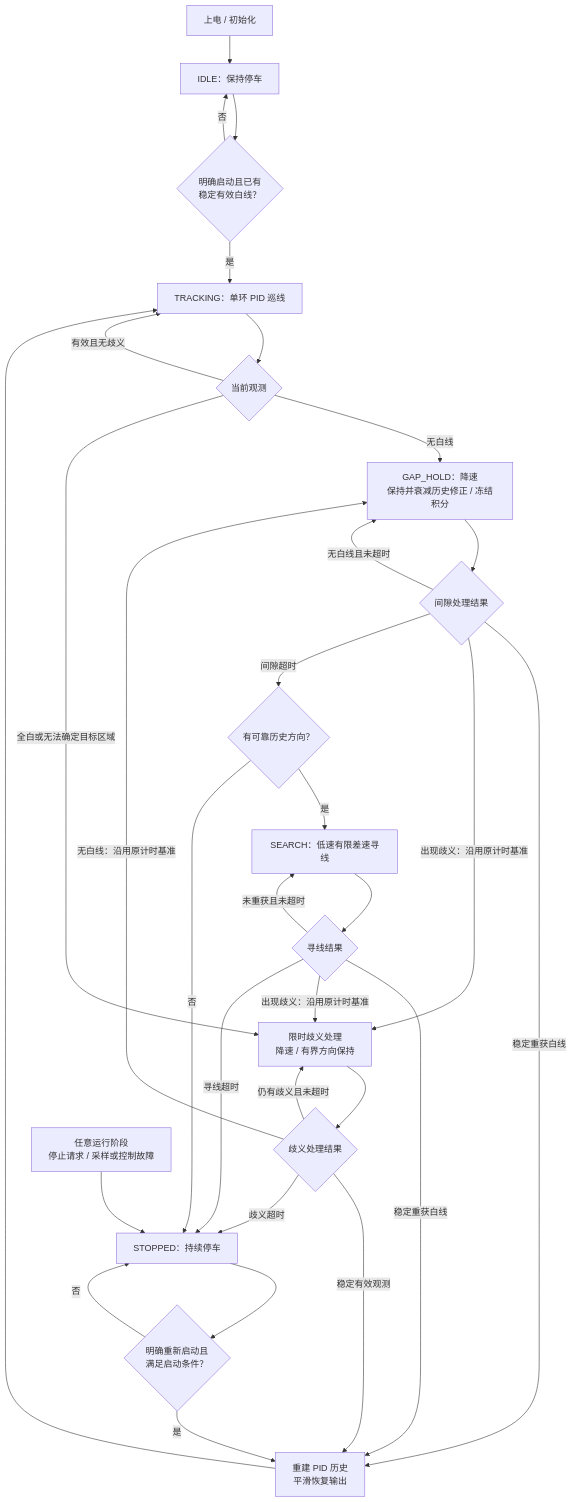
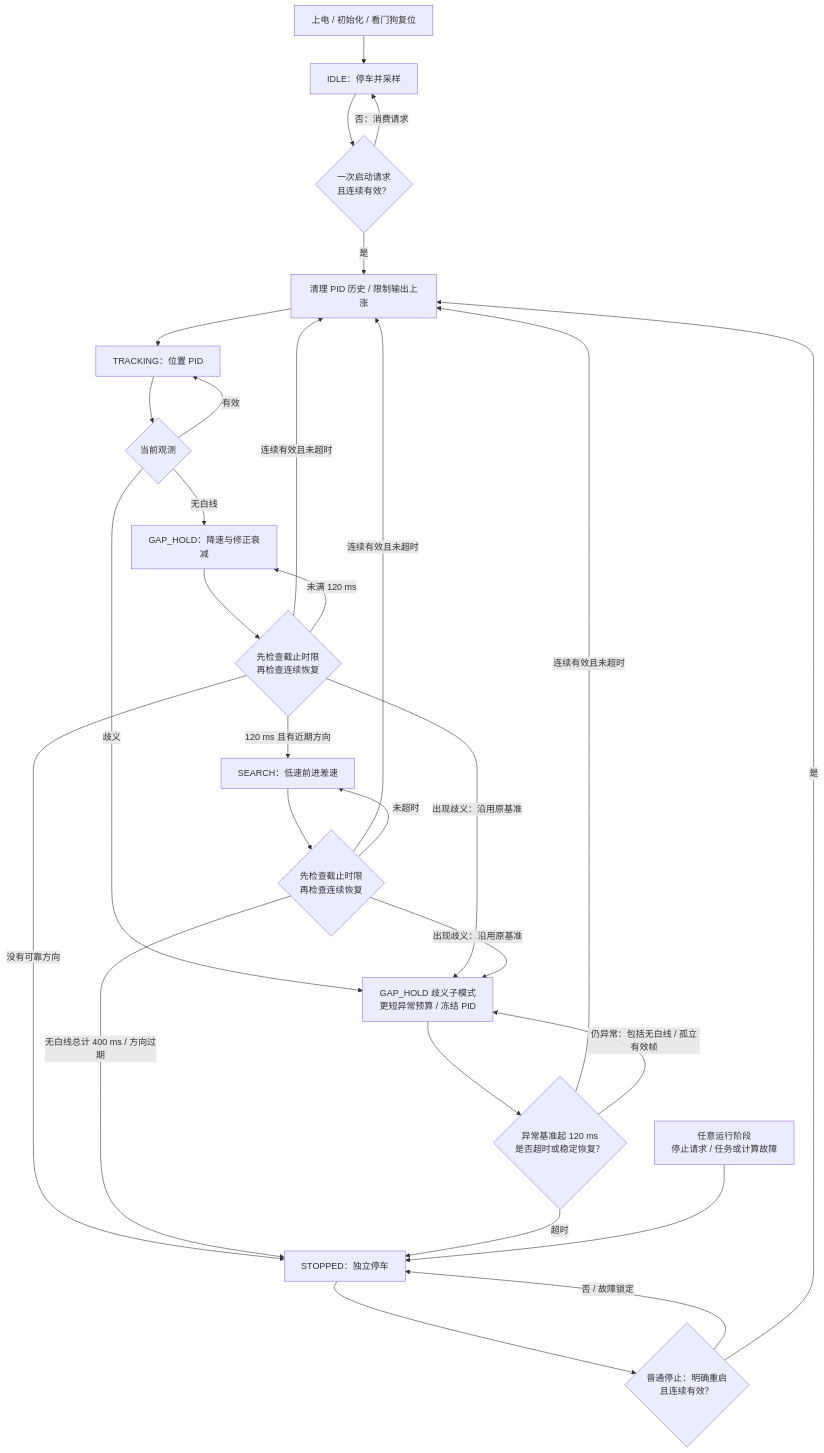
One commit to Nailong-Corporation/car_stm32_school_competition changed the second of 2 diagrams in README.md. Above: the diagram before and after it, drawn with Mermaid. The commit also changed other lines of this file and 25 other files, not shown here.

````diff
--- a/README.md
+++ b/README.md
@@ -204,37 +151,31 @@
 ```mermaid
 flowchart TD
-    BOOT["上电 / 初始化"] --> IDLE["IDLE：保持停车"]
-    IDLE --> START{"明确启动且已有<br/>稳定有效白线？"}
-    START -->|否| IDLE
-    START -->|是| TRACKING["TRACKING：单环 PID 巡线"]
-    TRACKING --> OBSERVE{"当前观测"}
-    OBSERVE -->|有效且无歧义| TRACKING
-    OBSERVE -->|无白线| GAP["GAP_HOLD：降速<br/>保持并衰减历史修正 / 冻结积分"]
-    OBSERVE -->|全白或无法确定目标区域| AMBIG["限时歧义处理<br/>降速 / 有界方向保持"]
-
-    GAP --> GAP_CHECK{"间隙处理结果"}
-    GAP_CHECK -->|稳定重获白线| RESET["重建 PID 历史<br/>平滑恢复输出"]
-    GAP_CHECK -->|无白线且未超时| GAP
-    GAP_CHECK -->|出现歧义：沿用原计时基准| AMBIG
-    GAP_CHECK -->|间隙超时| DIRECTION{"有可靠历史方向？"}
-    DIRECTION -->|是| SEARCH["SEARCH：低速有限差速寻线"]
-    DIRECTION -->|否| STOPPED["STOPPED：持续停车"]
-
-    SEARCH --> SEARCH_CHECK{"寻线结果"}
-    SEARCH_CHECK -->|稳定重获白线| RESET
-    SEARCH_CHECK -->|未重获且未超时| SEARCH
-    SEARCH_CHECK -->|出现歧义：沿用原计时基准| AMBIG
-    SEARCH_CHECK -->|寻线超时| STOPPED
-
-    AMBIG --> AMBIG_CHECK{"歧义处理结果"}
-    AMBIG_CHECK -->|稳定有效观测| RESET
-    AMBIG_CHECK -->|仍有歧义且未超时| AMBIG
-    AMBIG_CHECK -->|无白线：沿用原计时基准| GAP
-    AMBIG_CHECK -->|歧义超时| STOPPED
-
-    RESET --> TRACKING
-    FAULT["任意运行阶段<br/>停止请求 / 采样或控制故障"] --> STOPPED
-    STOPPED --> RESTART{"明确重新启动且<br/>满足启动条件？"}
-    RESTART -->|否| STOPPED
+    BOOT["上电 / 初始化 / 看门狗复位"] --> IDLE["IDLE：停车并采样"]
+    IDLE --> START{"一次启动请求<br/>且连续有效？"}
+    START -->|否：消费请求| IDLE
+    START -->|是| RESET["清理 PID 历史 / 限制输出上涨"]
+    RESET --> TRACKING["TRACKING：位置 PID"]
+    TRACKING --> OBS{"当前观测"}
+    OBS -->|有效| TRACKING
+    OBS -->|无白线| GAP["GAP_HOLD：降速与修正衰减"]
+    OBS -->|歧义| AMBIG["GAP_HOLD 歧义子模式<br/>更短异常预算 / 冻结 PID"]
+    GAP --> GC{"先检查截止时限<br/>再检查连续恢复"}
+    GC -->|连续有效且未超时| RESET
+    GC -->|未满 120 ms| GAP
+    GC -->|出现歧义：沿用原基准| AMBIG
+    GC -->|120 ms 且有近期方向| SEARCH["SEARCH：低速前进差速"]
+    GC -->|没有可靠方向| STOPPED["STOPPED：独立停车"]
+    SEARCH --> SC{"先检查截止时限<br/>再检查连续恢复"}
+    SC -->|连续有效且未超时| RESET
+    SC -->|未超时| SEARCH
+    SC -->|出现歧义：沿用原基准| AMBIG
+    SC -->|无白线总计 400 ms / 方向过期| STOPPED
+    AMBIG --> AC{"异常基准起 120 ms<br/>是否超时或稳定恢复？"}
+    AC -->|连续有效且未超时| RESET
+    AC -->|仍异常：包括无白线 / 孤立有效帧| AMBIG
+    AC -->|超时| STOPPED
+    FAULT["任意运行阶段<br/>停止请求 / 任务或计算故障"] --> STOPPED
+    STOPPED --> RESTART{"普通停止：明确重启<br/>且连续有效？"}
+    RESTART -->|否 / 故障锁定| STOPPED
     RESTART -->|是| RESET
 ```
````
